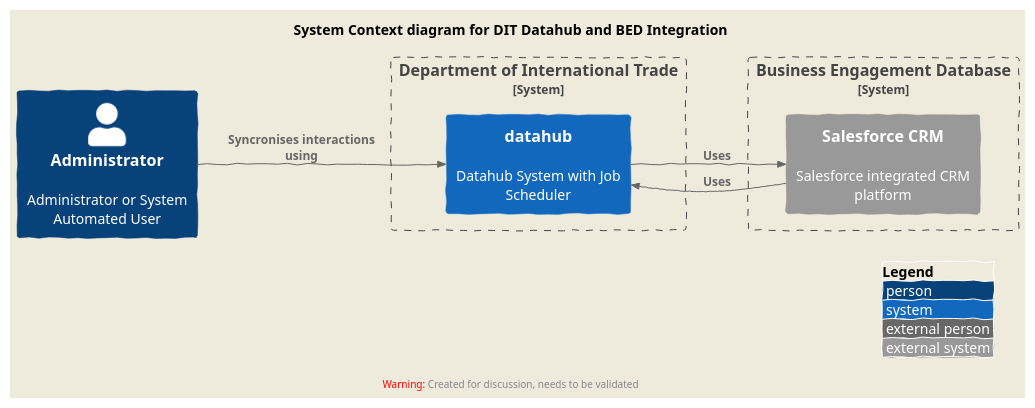
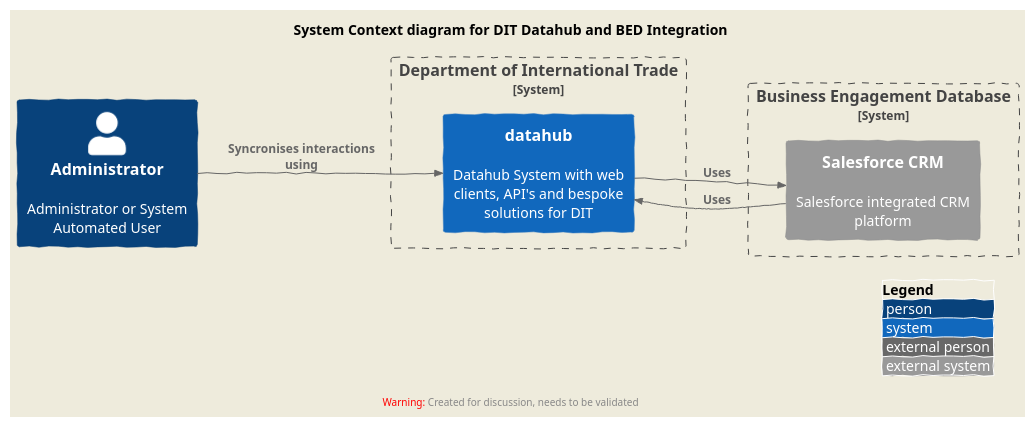
The diagram in datahub/datahub-bed-system.puml (vfarah-if/DrawItExercises), drawn with PlantUML before and after one commit.

Commit message:
Uodated small System discussion points

```diff
--- a/datahub/datahub-bed-system.puml
+++ b/datahub/datahub-bed-system.puml
@@ -2,26 +2,26 @@
 @startuml Datahub to BED System Diagram
 !include https://raw.githubusercontent.com/plantuml-stdlib/C4-PlantUML/master/C4_Context.puml
 
 LAYOUT_AS_SKETCH()
 LAYOUT_WITH_LEGEND()
 LAYOUT_LEFT_RIGHT()
 ' LAYOUT_TOP_DOWN()
 
 title System Context diagram for DIT Datahub and BED Integration
 
 Person(admin, "Administrator", "Administrator or System Automated User")
 
 System_Boundary(dit_system, "Department of International Trade"){
-    System(datahub, "datahub", "Datahub System with Job Scheduler")
+    System(datahub, "datahub", "Datahub System with web clients, API's and bespoke solutions for DIT")
 }
 
 System_Boundary(bed_system, "Business Engagement Database"){
     System_Ext(salesforce, "Salesforce CRM", "Salesforce integrated CRM platform")
 }
 
 Rel(admin, datahub, "Syncronises interactions using")
 ' Rel(datahub, salesforce, "Uses BED interactions")
 Rel(datahub, salesforce, "Uses")
 ' Rel(salesforce, datahub, "Uses Datahub interactions")
 Rel(salesforce, datahub, "Uses")
 @enduml
```
